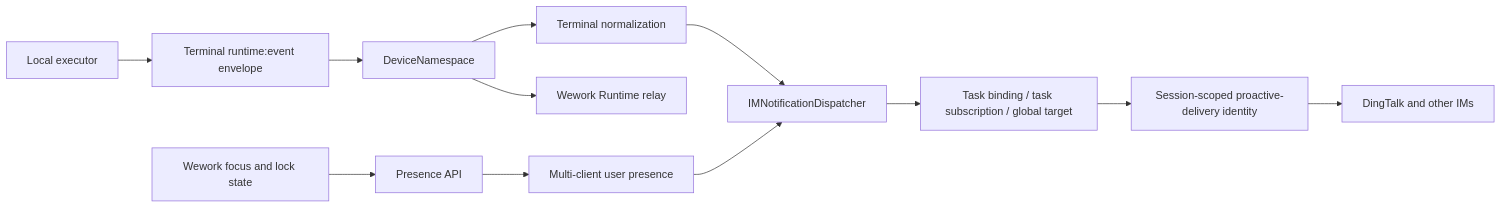
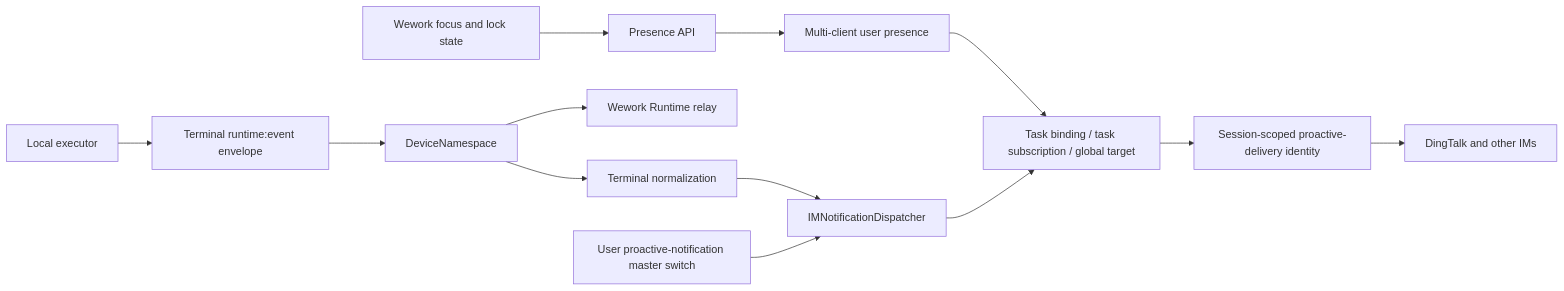
Before and after one commit to wecode-ai/Wegent: the first of 2 diagrams in docs/en/architecture/runtime-im-notifications.md, drawn with Mermaid. The commit also changed other lines of this file and 3 other files, not shown here.

Commit message:
fix(im): honor notification switch for bound tasks

````diff
--- a/docs/en/architecture/runtime-im-notifications.md
+++ b/docs/en/architecture/runtime-im-notifications.md
@@ -9,14 +9,15 @@
 ```mermaid
 flowchart LR
     PRESENCE[Wework focus and lock state] --> API[Presence API]
     API --> REDIS[Multi-client user presence]
     EXEC[Local executor] --> EVENT["Terminal runtime:event envelope"]
     EVENT --> DEVICE[DeviceNamespace]
     DEVICE --> WEWORK[Wework Runtime relay]
     DEVICE --> NORMALIZE[Terminal normalization]
     NORMALIZE --> DISPATCH[IMNotificationDispatcher]
-    REDIS --> DISPATCH
+    SWITCH[User proactive-notification master switch] --> DISPATCH
+    REDIS --> TARGET
     DISPATCH --> TARGET[Task binding / task subscription / global target]
     TARGET --> RECIPIENT[Session-scoped proactive-delivery identity]
     RECIPIENT --> IM[DingTalk and other IMs]
 ```
````
